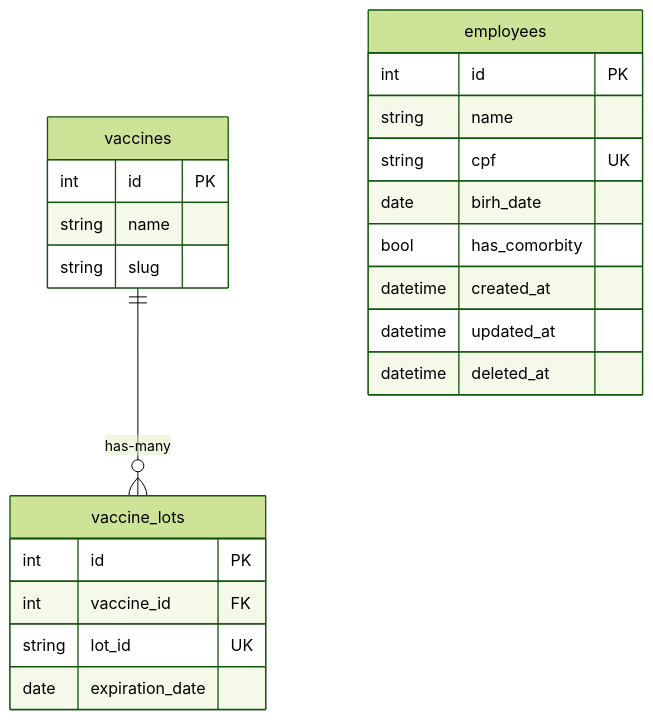
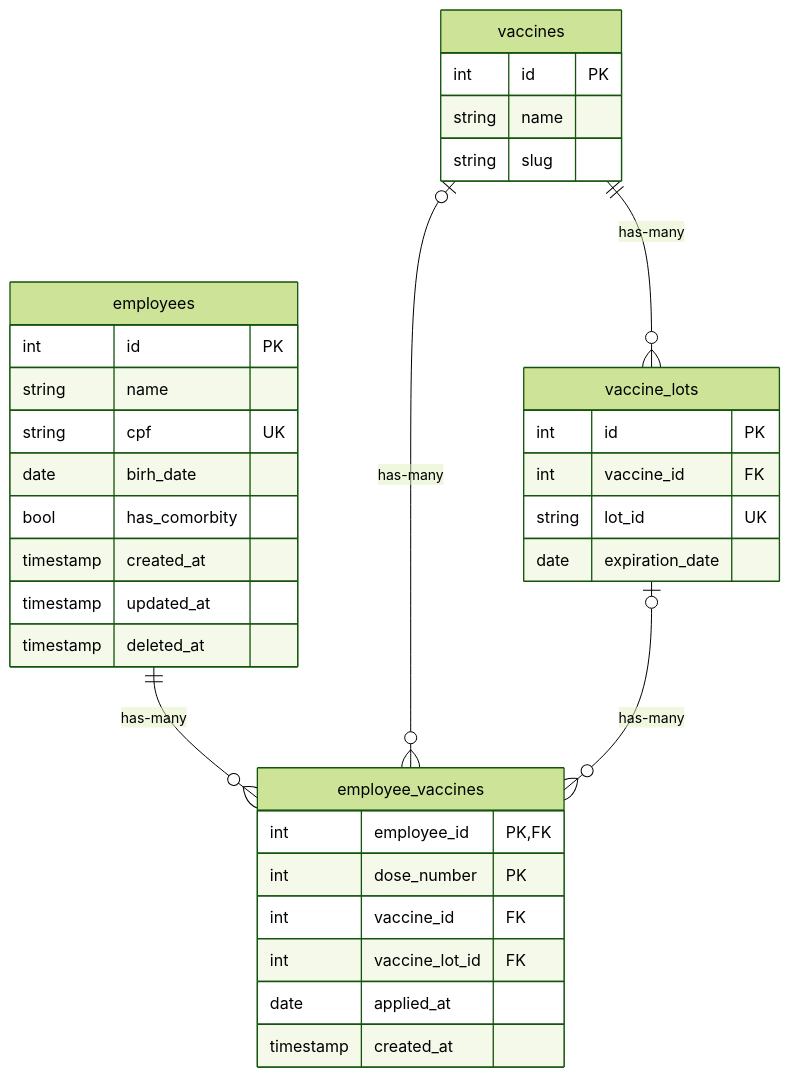
The diagram in README.md (qreidt/feegow-challenge-covid), drawn with Mermaid (forest theme) before and after one commit. The commit also changed other lines of this file and 6 other files, not shown here.

````diff
--- a/README.md
+++ b/README.md
@@ -4,28 +4,41 @@
 ```mermaid
 erDiagram
     vaccines {
         int id PK
         string name
         string slug
     }
     
     vaccine_lots {
         int id PK
         int vaccine_id FK
         string lot_id UK
         date expiration_date
     }
 
     vaccines || -- o{ vaccine_lots : has-many
     
     employees {
         int id PK
         string name
         string cpf UK
         date birh_date
         bool has_comorbity
-        datetime created_at
-        datetime updated_at
-        datetime deleted_at
+        timestamp created_at
+        timestamp updated_at
+        timestamp deleted_at
     }
+    
+    employee_vaccines {
+        int employee_id PK,FK
+        int dose_number PK
+        int vaccine_id FK
+        int vaccine_lot_id FK
+        date applied_at
+        timestamp created_at
+    }
+
+    employees || -- o{ employee_vaccines : has-many
+    vaccines |o -- o{ employee_vaccines : has-many
+    vaccine_lots |o -- o{ employee_vaccines : has-many
 ```
````
